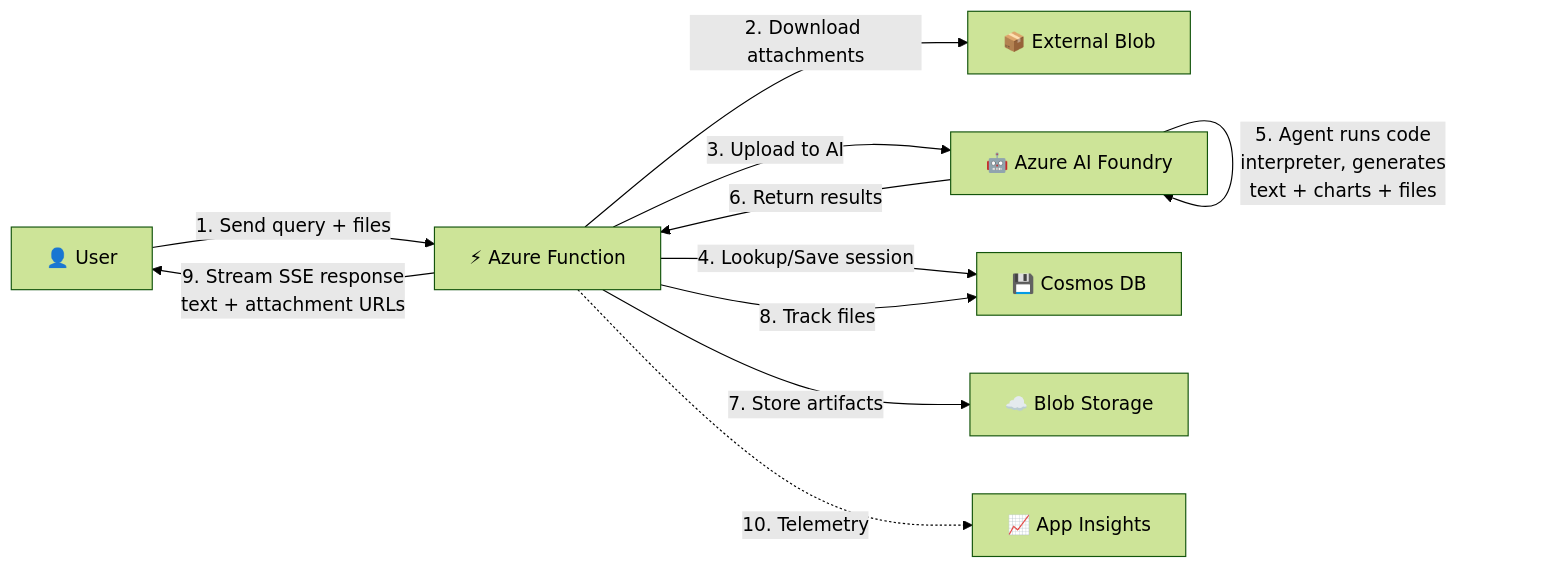
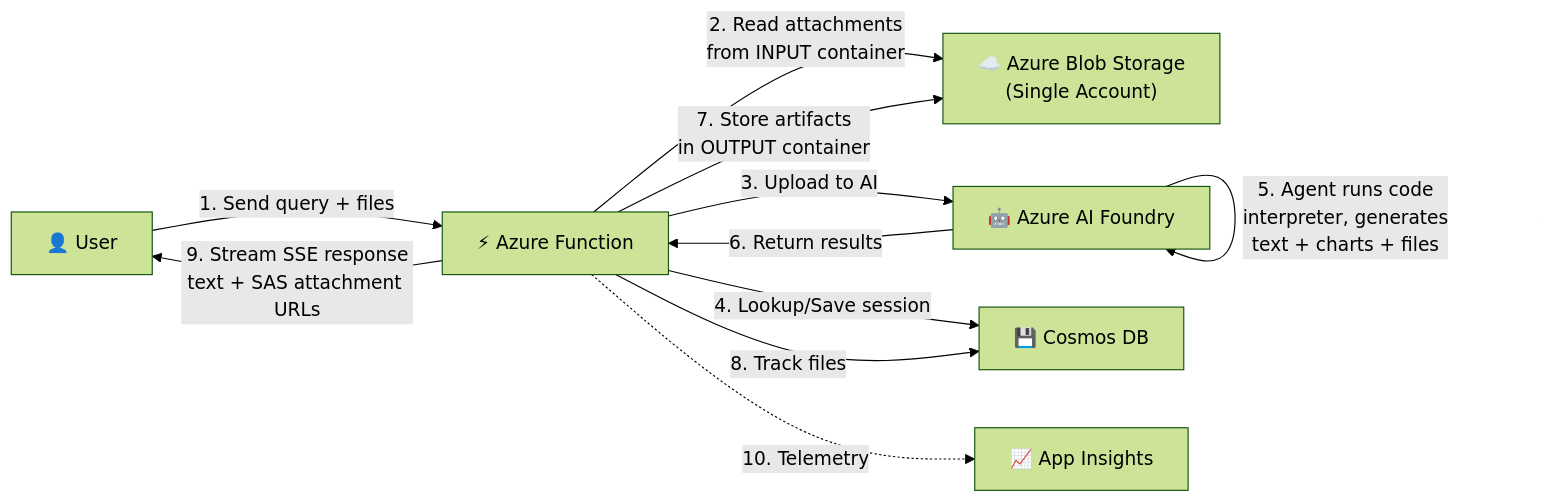
Before and after one commit to sarahselwadi/data-analyst-agent: diagram 11 of 11 in architecture_diagram.md, drawn with Mermaid (forest theme). The commit also changed other lines of this file and 5 other files, not shown here.

````diff
--- a/architecture_diagram.md
+++ b/architecture_diagram.md
@@ -600,13 +572,13 @@
 ```mermaid
 flowchart LR
     A["👤 User"] -->|"1. Send query + files"| B["⚡ Azure Function"]
-    B -->|"2. Download attachments"| C["📦 External Blob"]
+    B -->|"2. Read attachments<br/>from INPUT container"| C["☁️ Azure Blob Storage<br/>(Single Account)"]
     B -->|"3. Upload to AI"| D["🤖 Azure AI Foundry"]
     B -->|"4. Lookup/Save session"| E["💾 Cosmos DB"]
     D -->|"5. Agent runs code<br/>interpreter, generates<br/>text + charts + files"| D
     D -->|"6. Return results"| B
-    B -->|"7. Store artifacts"| F["☁️ Blob Storage"]
+    B -->|"7. Store artifacts<br/>in OUTPUT container"| C
     B -->|"8. Track files"| E
-    B -->|"9. Stream SSE response<br/>text + attachment URLs"| A
+    B -->|"9. Stream SSE response<br/>text + SAS attachment URLs"| A
     B -.->|"10. Telemetry"| G["📈 App Insights"]
 ```
````
